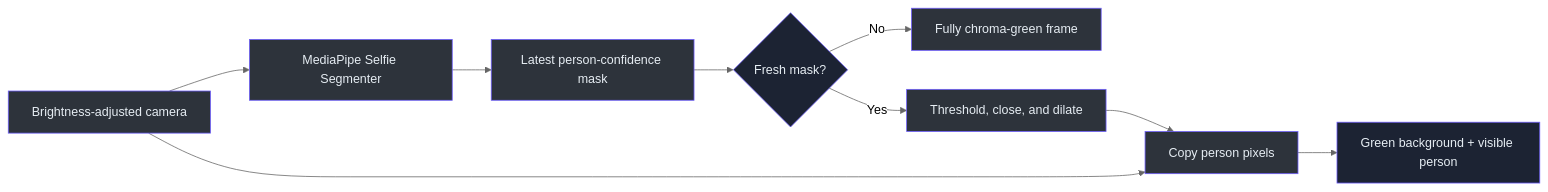
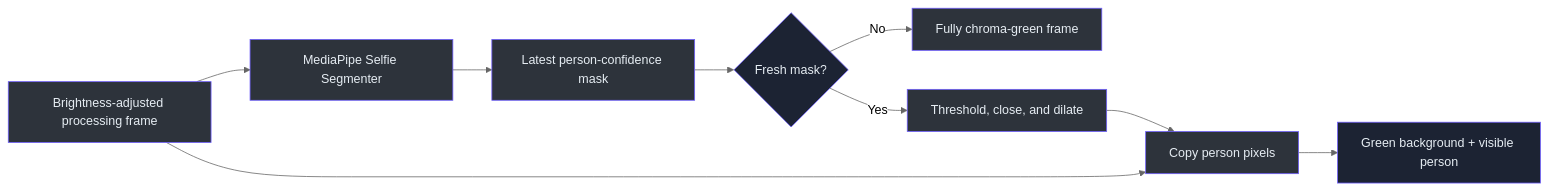
Before and after one commit to Zanark/KardboardCode-VTuber: the first of 2 diagrams in docs/02-architecture/green-screen-compositing.md, drawn with Mermaid (neutral theme). The commit also changed other lines of this file and 19 other files, not shown here.

````diff
--- a/docs/02-architecture/green-screen-compositing.md
+++ b/docs/02-architecture/green-screen-compositing.md
@@ -30,19 +30,19 @@
 ```mermaid
 flowchart LR
-    Camera["Brightness-adjusted camera"] --> Segment["MediaPipe Selfie Segmenter"]
+    Camera["Brightness-adjusted processing frame"] --> Segment["MediaPipe Selfie Segmenter"]
     Segment --> Confidence["Latest person-confidence mask"]
     Confidence --> Guard{"Fresh mask?"}
     Guard -->|No| Green["Fully chroma-green frame"]
     Guard -->|Yes| Binary["Threshold, close, and dilate"]
     Camera --> Preserve["Copy person pixels"]
     Binary --> Preserve
     Preserve --> Output["Green background + visible person"]
     style Camera fill:#2d333b,stroke:#6d5dfc,color:#e6edf3
     style Segment fill:#2d333b,stroke:#6d5dfc,color:#e6edf3
     style Confidence fill:#2d333b,stroke:#6d5dfc,color:#e6edf3
     style Guard fill:#1c2333,stroke:#6d5dfc,color:#e6edf3
     style Green fill:#2d333b,stroke:#6d5dfc,color:#e6edf3
     style Binary fill:#2d333b,stroke:#6d5dfc,color:#e6edf3
     style Preserve fill:#2d333b,stroke:#6d5dfc,color:#e6edf3
     style Output fill:#1c2333,stroke:#6d5dfc,color:#e6edf3
 ```
````
